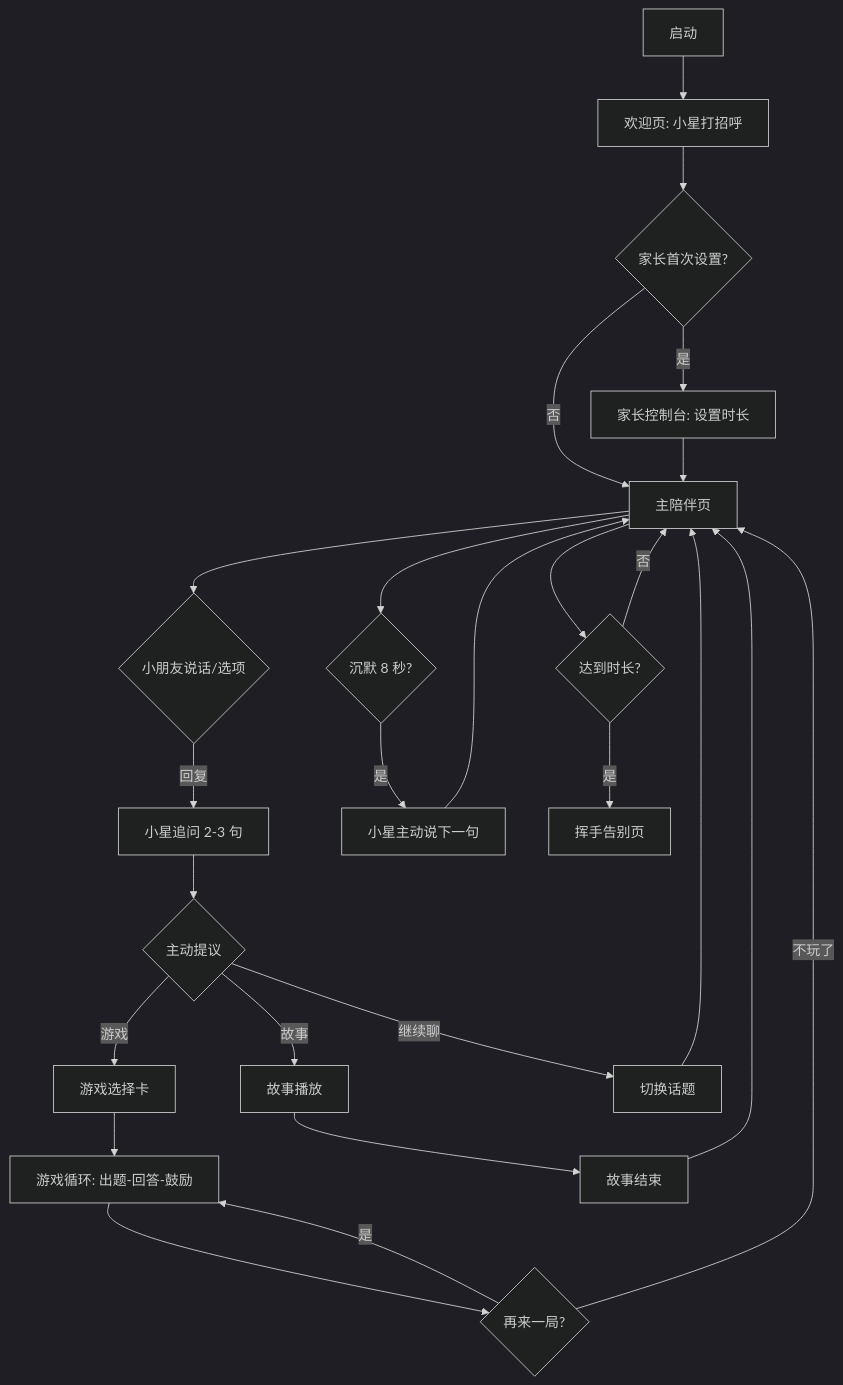
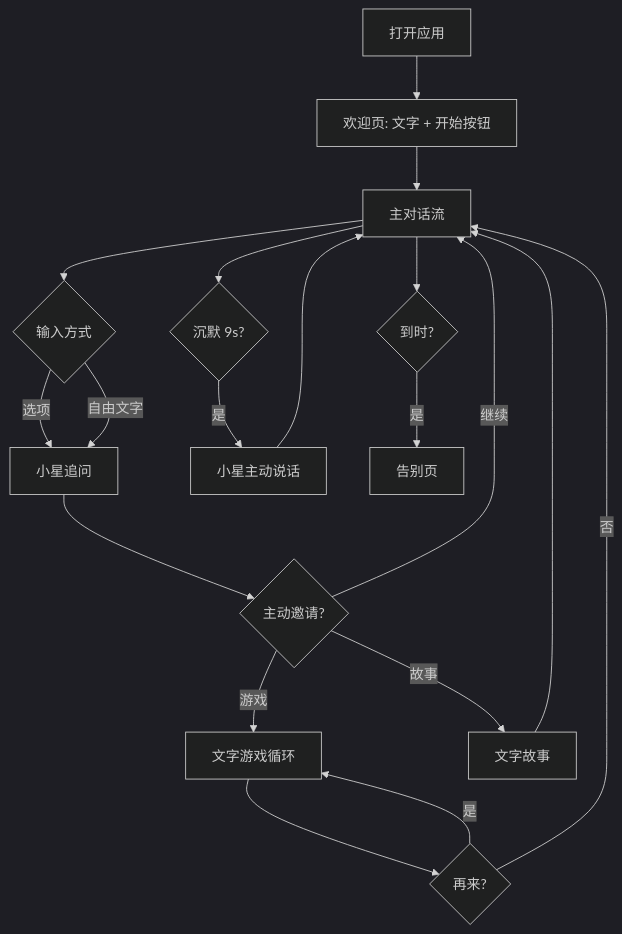
One commit to Memoriesss/mysoft changed the diagram in .trae/documents/PRD.md. Above: the diagram before and after it, drawn with Mermaid (dark theme). The commit also changed other lines of this file and 20 other files, not shown here.

````diff
--- a/.trae/documents/PRD.md
+++ b/.trae/documents/PRD.md
@@ -53,27 +58,21 @@
 ```mermaid
 flowchart TD
-    A[启动] --> B[欢迎页: 小星打招呼]
-    B --> C{家长首次设置?}
-    C -- 是 --> D[家长控制台: 设置时长]
-    C -- 否 --> E[主陪伴页]
-    D --> E
-    E --> F{小朋友说话/选项}
-    F -- 回复 --> G[小星追问 2-3 句]
-    G --> H{主动提议}
-    H -- 游戏 --> I[游戏选择卡]
-    H -- 故事 --> J[故事播放]
-    H -- 继续聊 --> K[切换话题]
-    I --> L[游戏循环: 出题-回答-鼓励]
-    L --> M{再来一局?}
-    M -- 是 --> L
-    M -- 不玩了 --> E
-    J --> N[故事结束]
-    N --> E
-    K --> E
-    E --> O{沉默 8 秒?}
-    O -- 是 --> P[小星主动说下一句]
-    P --> E
-    E --> Q{达到时长?}
-    Q -- 是 --> R[挥手告别页]
-    Q -- 否 --> E
+    A[打开应用] --> B[欢迎页: 文字 + 开始按钮]
+    B --> C[主对话流]
+    C --> D{输入方式}
+    D -- 选项 --> E[小星追问]
+    D -- 自由文字 --> E
+    E --> F{主动邀请?}
+    F -- 游戏 --> G[文字游戏循环]
+    F -- 故事 --> H[文字故事]
+    F -- 继续 --> C
+    G --> I{再来?}
+    I -- 是 --> G
+    I -- 否 --> C
+    H --> C
+    C --> J{沉默 9s?}
+    J -- 是 --> K[小星主动说话]
+    K --> C
+    C --> L{到时?}
+    L -- 是 --> M[告别页]
 ```
````
